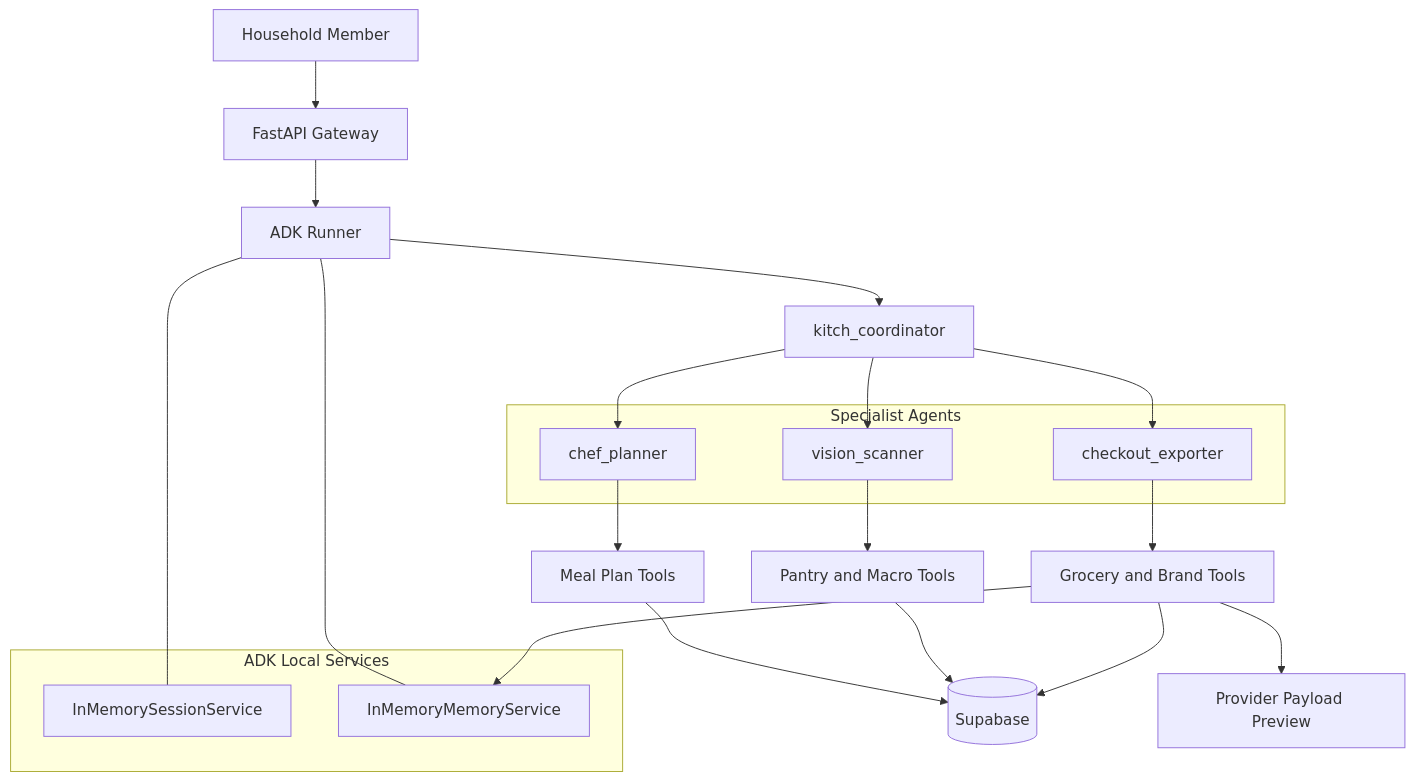
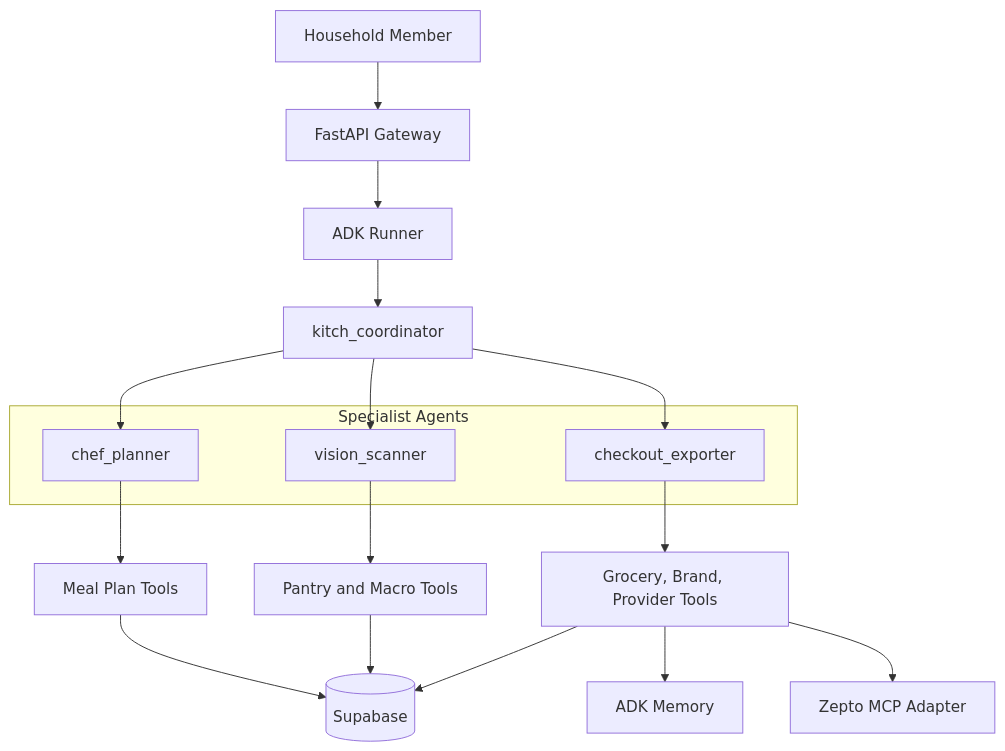
One commit to architworks/meal_and_grocery_agent changed the diagram in docs/current_agent_topology.md. Above: the diagram before and after it, drawn with Mermaid. The commit also changed other lines of this file and 16 other files, not shown here.

First line of the commit message:
Implement native grocery cart and Zepto MCP sync flow

````diff
--- a/docs/current_agent_topology.md
+++ b/docs/current_agent_topology.md
@@ -19,34 +17,26 @@
 ```mermaid
 flowchart TD
     User[Household Member] --> API[FastAPI Gateway]
     API --> Runner[ADK Runner]
-
-    subgraph ADKServices[ADK Local Services]
-        Sessions[InMemorySessionService]
-        Memory[InMemoryMemoryService]
-    end
-
-    Runner --- Sessions
-    Runner --- Memory
     Runner --> Coordinator[kitch_coordinator]
 
     subgraph Agents[Specialist Agents]
         Chef[chef_planner]
         Vision[vision_scanner]
         Checkout[checkout_exporter]
     end
 
     Coordinator --> Chef
     Coordinator --> Vision
     Coordinator --> Checkout
 
     Chef --> MealTools[Meal Plan Tools]
     Vision --> IntakeTools[Pantry and Macro Tools]
-    Checkout --> GroceryTools[Grocery and Brand Tools]
+    Checkout --> GroceryTools[Grocery, Brand, Provider Tools]
 
     MealTools --> Supabase[(Supabase)]
     IntakeTools --> Supabase
     GroceryTools --> Supabase
-    GroceryTools --> Memory
-    GroceryTools --> Payload[Provider Payload Preview]
+    GroceryTools --> Memory[ADK Memory]
+    GroceryTools --> Zepto[Zepto MCP Adapter]
 ```
````
